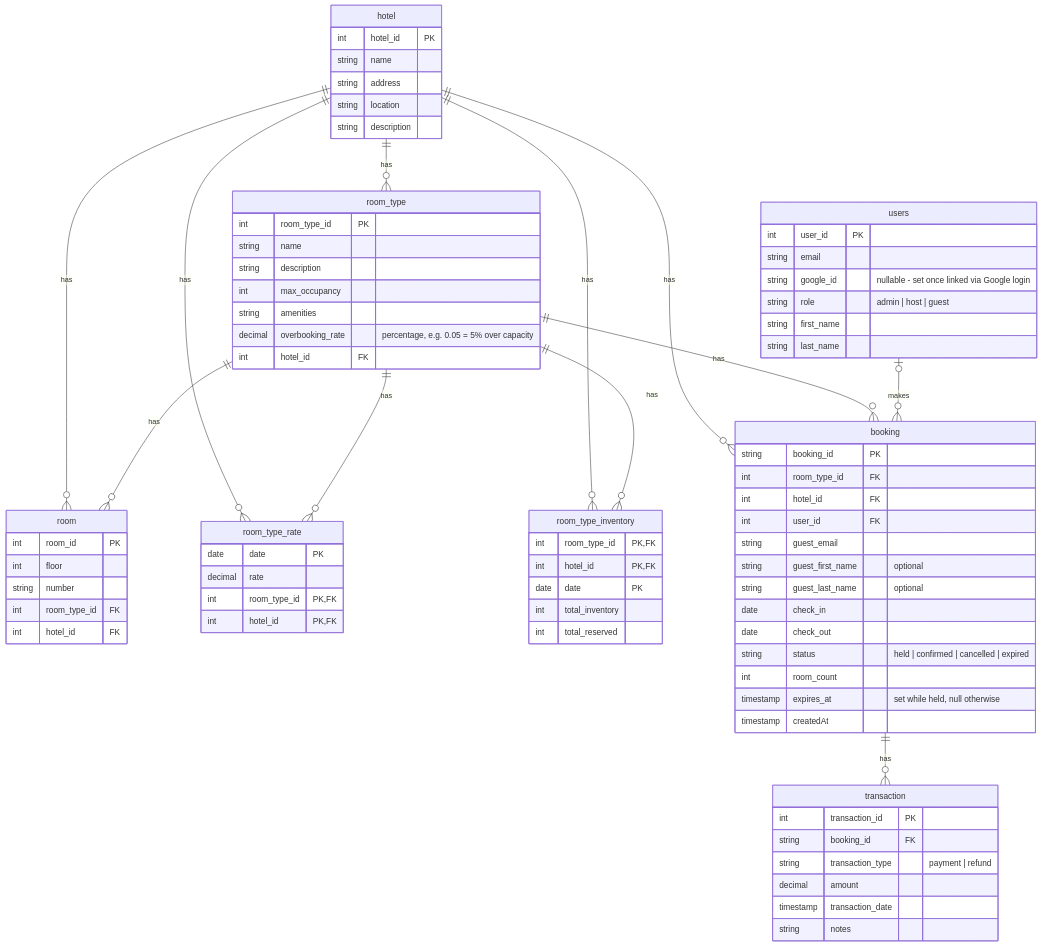
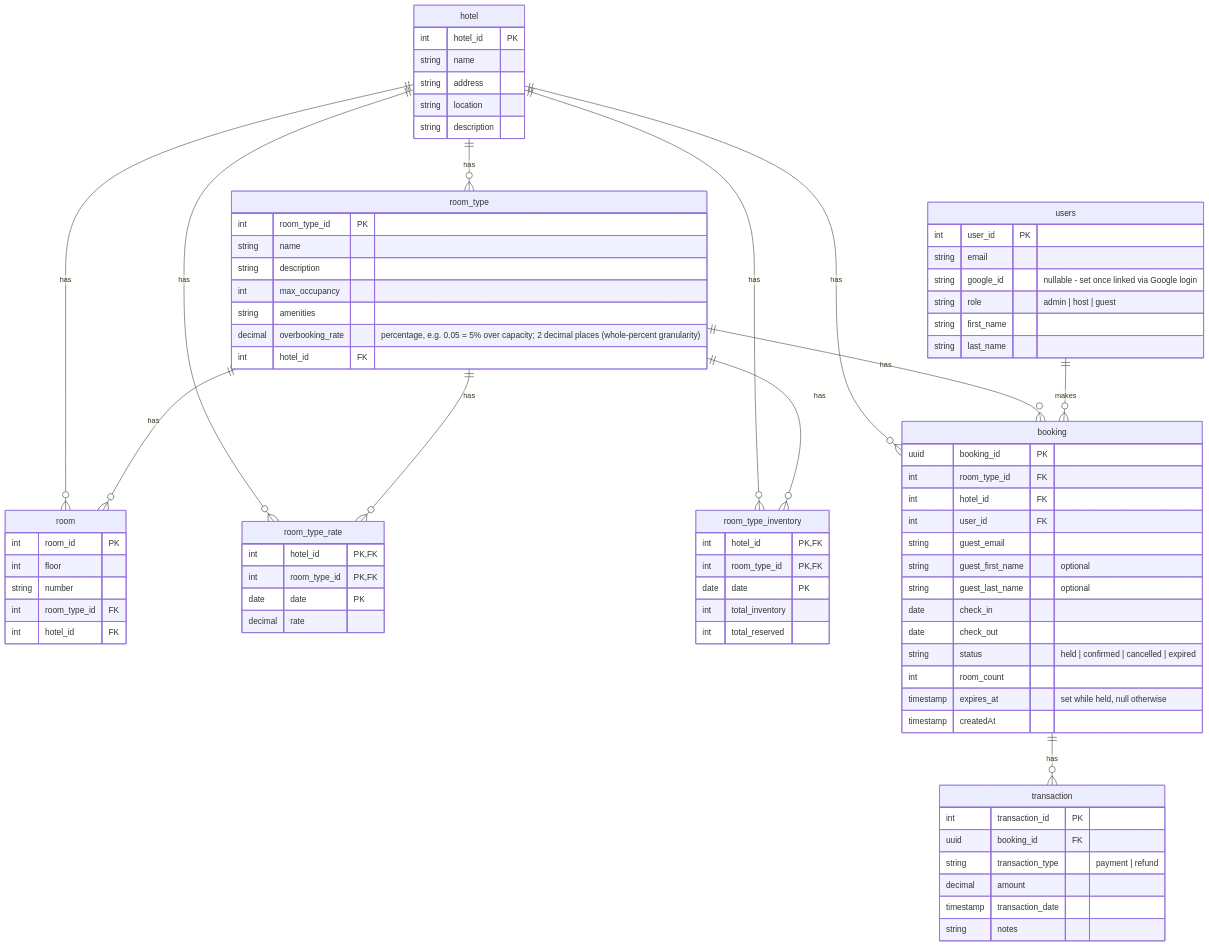
The diagram in docs/architecture/data-models.md (dreiv/booking), drawn with Mermaid before and after one commit. The commit also changed other lines of this file, not shown here.

````diff
--- a/docs/architecture/data-models.md
+++ b/docs/architecture/data-models.md
@@ -18,7 +18,7 @@
         string description
         int max_occupancy
         string amenities
-        decimal overbooking_rate "percentage, e.g. 0.05 = 5% over capacity"
+        decimal overbooking_rate "percentage, e.g. 0.05 = 5% over capacity; 2 decimal places (whole-percent granularity)"
         int hotel_id FK
     }
 
@@ -31,15 +31,15 @@
     }
 
     room_type_rate {
+        int hotel_id PK, FK
+        int room_type_id PK, FK
         date date PK
         decimal rate
-        int room_type_id PK, FK
-        int hotel_id PK, FK
     }
 
     room_type_inventory {
+        int hotel_id PK, FK
         int room_type_id PK, FK
-        int hotel_id PK, FK
         date date PK
         int total_inventory
         int total_reserved
@@ -55,7 +55,7 @@
     }
 
     booking {
-        string booking_id PK
+        uuid booking_id PK
         int room_type_id FK
         int hotel_id FK
         int user_id FK
@@ -72,7 +72,7 @@
 
     transaction {
         int transaction_id PK
-        string booking_id FK
+        uuid booking_id FK
         string transaction_type "payment | refund"
         decimal amount
         timestamp transaction_date
@@ -91,7 +91,7 @@
 
     hotel ||--o{ booking : "has"
     room_type ||--o{ booking : "has"
-    users |o--o{ booking : "makes"
+    users ||--o{ booking : "makes"
 
     booking ||--o{ transaction : "has"
 ```
````
